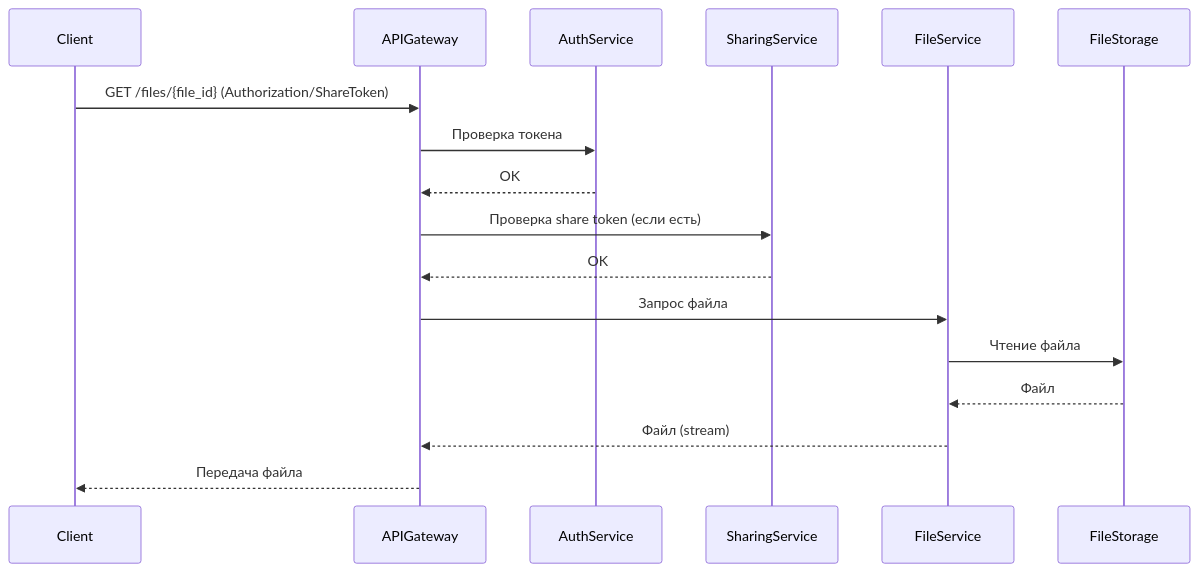
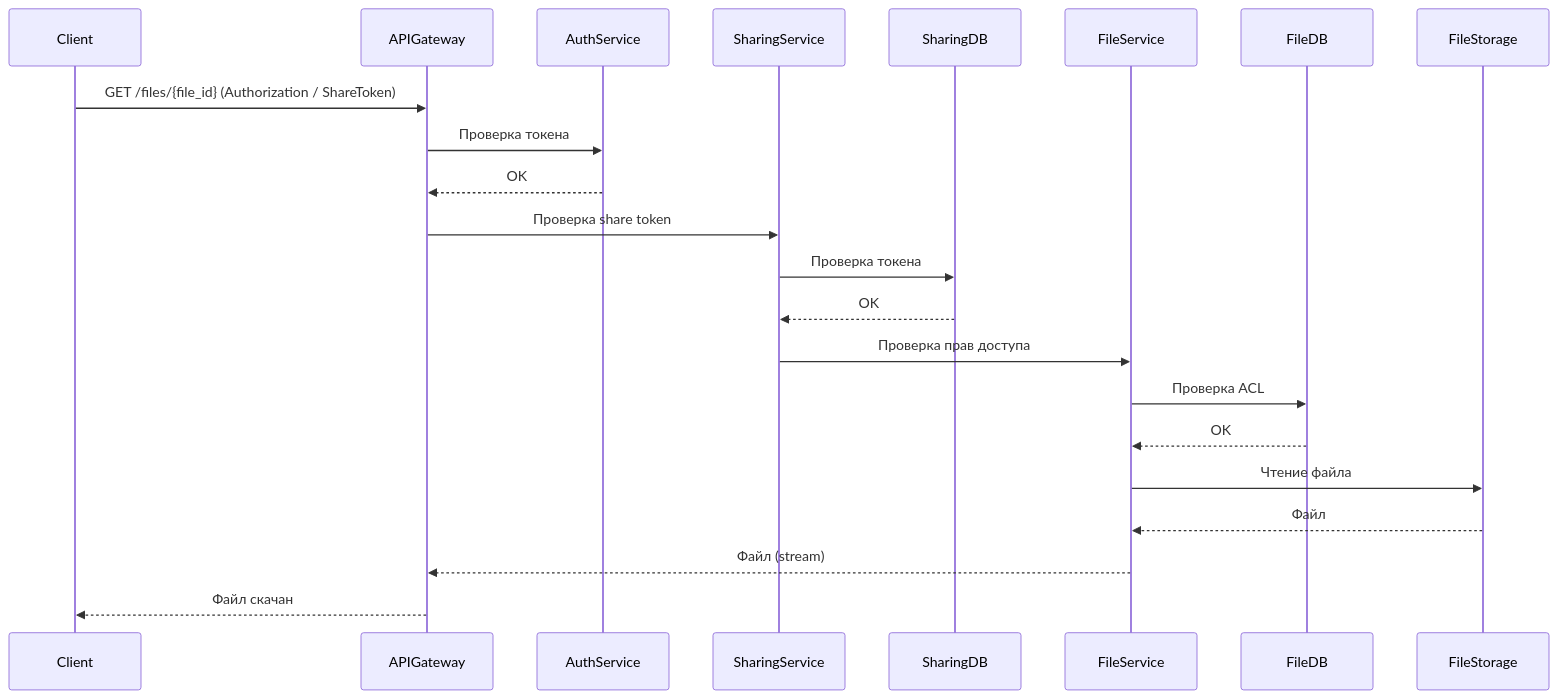
One commit to spbu-ds-practicum-2025/vanya-and-co changed the fourth of 7 diagrams in docs/tr.md. Above: the diagram before and after it, drawn with Mermaid. The commit also changed other lines of this file, not shown here.

````diff
--- a/docs/tr.md
+++ b/docs/tr.md
@@ -207,20 +211,25 @@
 ```mermaid
 sequenceDiagram
   participant Client
   participant APIGateway
   participant AuthService
   participant SharingService
+  participant SharingDB
   participant FileService
+  participant FileDB
   participant FileStorage
 
-  Client->>APIGateway: GET /files/{file_id} (Authorization/ShareToken)
+  Client->>APIGateway: GET /files/{file_id} (Authorization / ShareToken)
   APIGateway->>AuthService: Проверка токена
   AuthService-->>APIGateway: OK
-  APIGateway->>SharingService: Проверка share token (если есть)
-  SharingService-->>APIGateway: OK
-  APIGateway->>FileService: Запрос файла
+  APIGateway->>SharingService: Проверка share token
+  SharingService->>SharingDB: Проверка токена
+  SharingDB-->>SharingService: OK
+  SharingService->>FileService: Проверка прав доступа
+  FileService->>FileDB: Проверка ACL
+  FileDB-->>FileService: OK
   FileService->>FileStorage: Чтение файла
   FileStorage-->>FileService: Файл
   FileService-->>APIGateway: Файл (stream)
-  APIGateway-->>Client: Передача файла
+  APIGateway-->>Client: Файл скачан
 ```
````
